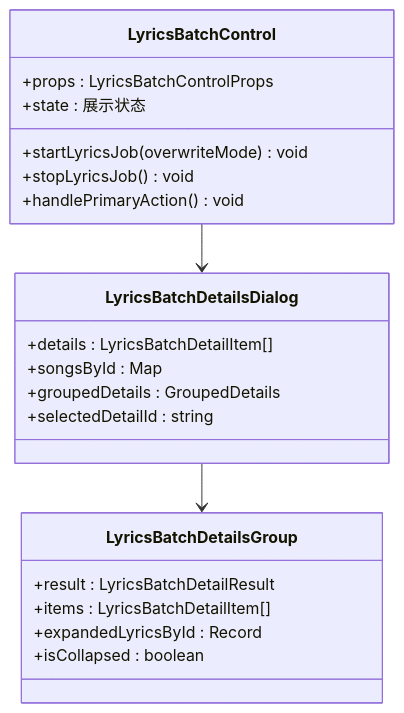
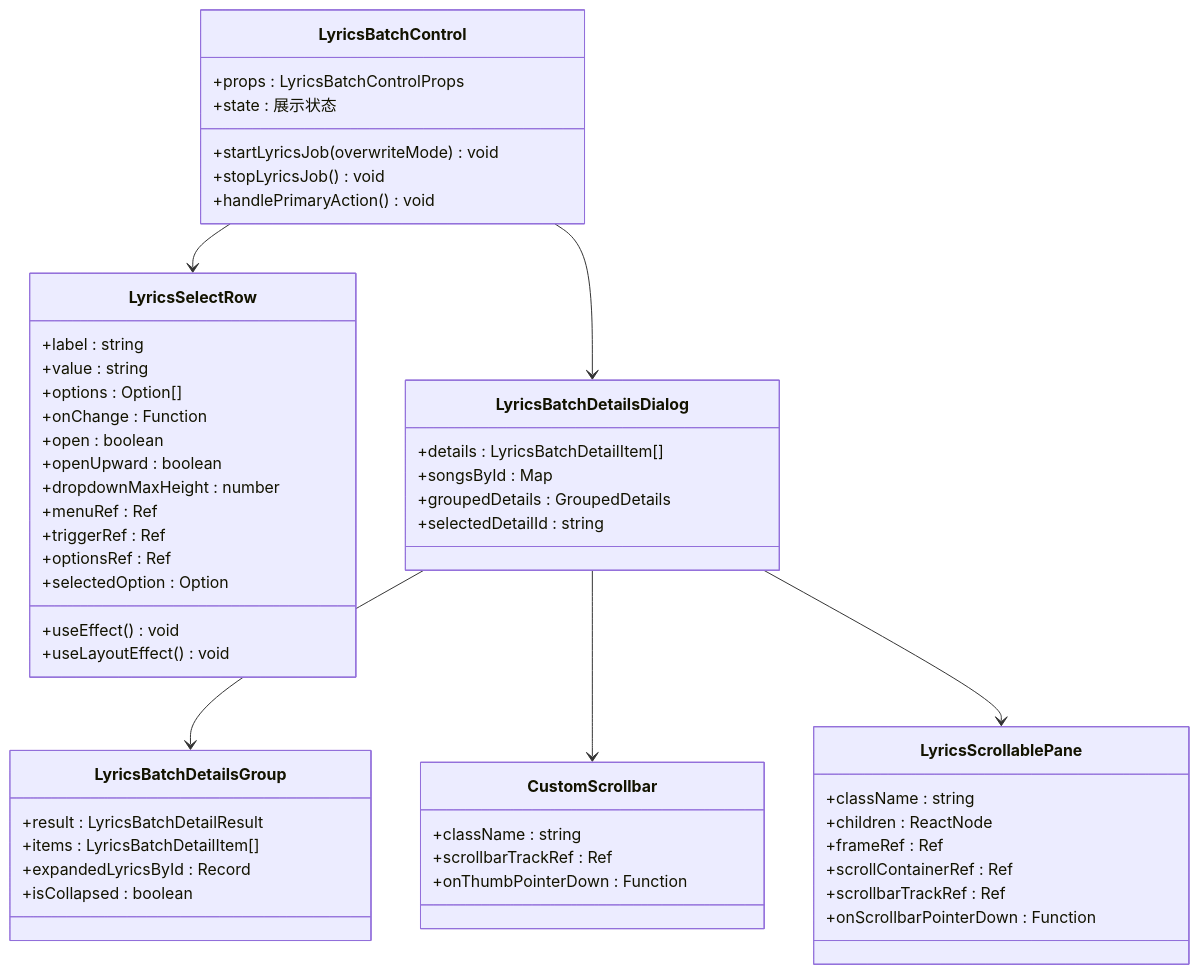
Before and after one commit to SeakyLuo/SMPlayerElectron: the sixth of 11 diagrams in .qoder/repowiki/zh/content/核心模块/前端组件模块/批处理歌词控制组件.md, drawn with Mermaid. The commit also changed other lines of this file and 32 other files, not shown here.

````diff
--- a/.qoder/repowiki/zh/content/核心模块/前端组件模块/批处理歌词控制组件.md
+++ b/.qoder/repowiki/zh/content/核心模块/前端组件模块/批处理歌词控制组件.md
@@ -204,24 +277,55 @@
 ```mermaid
 classDiagram
 class LyricsBatchControl {
 +props : LyricsBatchControlProps
 +state : 展示状态
 +startLyricsJob(overwriteMode) void
 +stopLyricsJob() void
 +handlePrimaryAction() void
+}
+class LyricsSelectRow {
++label : string
++value : string
++options : Option[]
++onChange : Function
++open : boolean
++openUpward : boolean
++dropdownMaxHeight : number
++menuRef : Ref
++triggerRef : Ref
++optionsRef : Ref
++selectedOption : Option
++useEffect() void
++useLayoutEffect() void
 }
 class LyricsBatchDetailsDialog {
 +details : LyricsBatchDetailItem[]
 +songsById : Map
 +groupedDetails : GroupedDetails
 +selectedDetailId : string
 }
 class LyricsBatchDetailsGroup {
 +result : LyricsBatchDetailResult
 +items : LyricsBatchDetailItem[]
 +expandedLyricsById : Record
 +isCollapsed : boolean
 }
+class CustomScrollbar {
++className : string
++scrollbarTrackRef : Ref
++onThumbPointerDown : Function
+}
+class LyricsScrollablePane {
++className : string
++children : ReactNode
++frameRef : Ref
++scrollContainerRef : Ref
++scrollbarTrackRef : Ref
++onScrollbarPointerDown : Function
+}
+LyricsBatchControl --> LyricsSelectRow
 LyricsBatchControl --> LyricsBatchDetailsDialog
 LyricsBatchDetailsDialog --> LyricsBatchDetailsGroup
+LyricsBatchDetailsDialog --> CustomScrollbar
+LyricsBatchDetailsDialog --> LyricsScrollablePane
 ```
````
